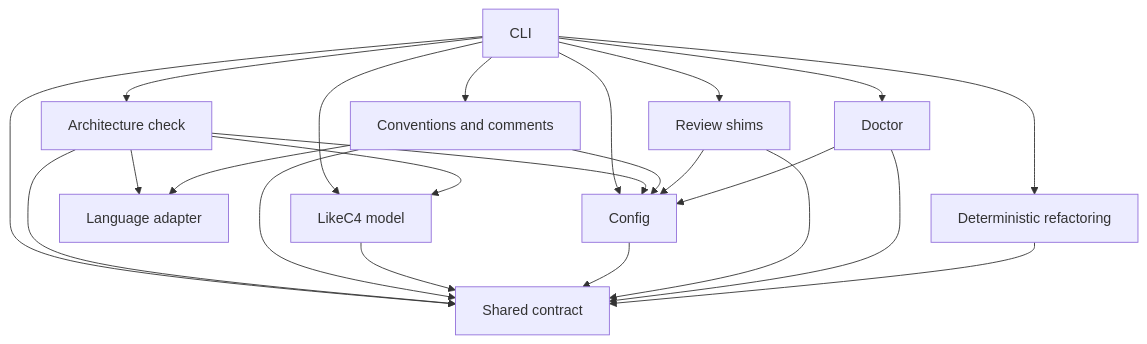
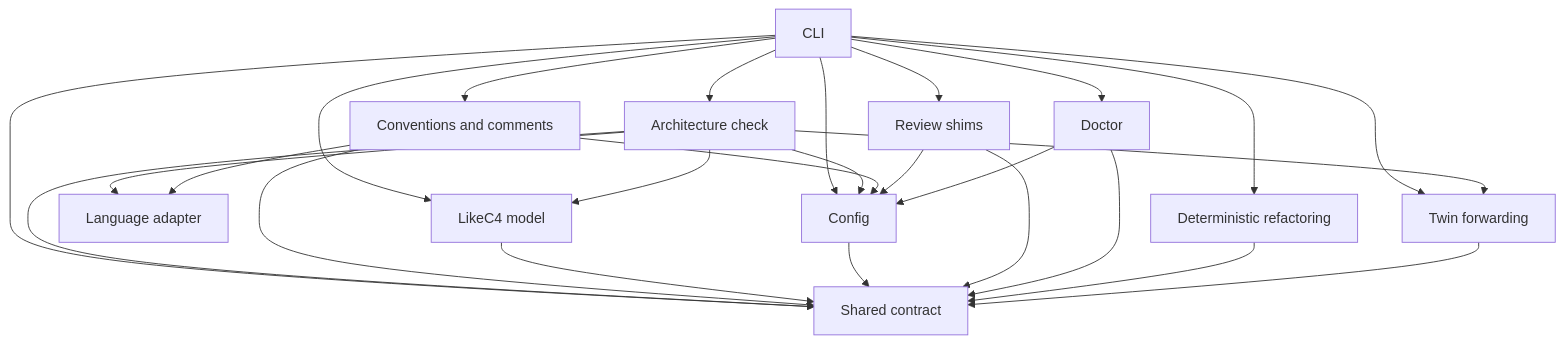
The first of 2 diagrams in architecture/system.arc42.md (MotleyAI/living-architecture), drawn with Mermaid before and after one commit. The commit also changed other lines of this file and 4 other files, not shown here.

First line of the commit message:
This repo's architecture: python and typescript roots, the twin node, the npm view

````diff
--- a/architecture/system.arc42.md
+++ b/architecture/system.arc42.md
@@ -13,36 +13,40 @@
 ```mermaid
 flowchart TD
   %% system: Living-architecture commands
   contract["Shared contract"]
   config["Config"]
   cli["CLI"]
   c4["LikeC4 model"]
   archcheck["Architecture check"]
   lang["Language adapter"]
   conventions["Conventions and comments"]
   review["Review shims"]
   doctor["Doctor"]
   refactor["Deterministic refactoring"]
+  twin["Twin forwarding"]
   cli --> contract
   cli --> config
   cli --> archcheck
   cli --> c4
   cli --> conventions
   cli --> review
   cli --> doctor
   cli --> refactor
   archcheck --> c4
   archcheck --> lang
   archcheck --> config
   archcheck --> contract
   conventions --> lang
   conventions --> config
   conventions --> contract
   c4 --> contract
   config --> contract
   review --> config
   review --> contract
   doctor --> config
   doctor --> contract
   refactor --> contract
+  cli --> twin
+  archcheck --> twin
+  twin --> contract
 ```
````
